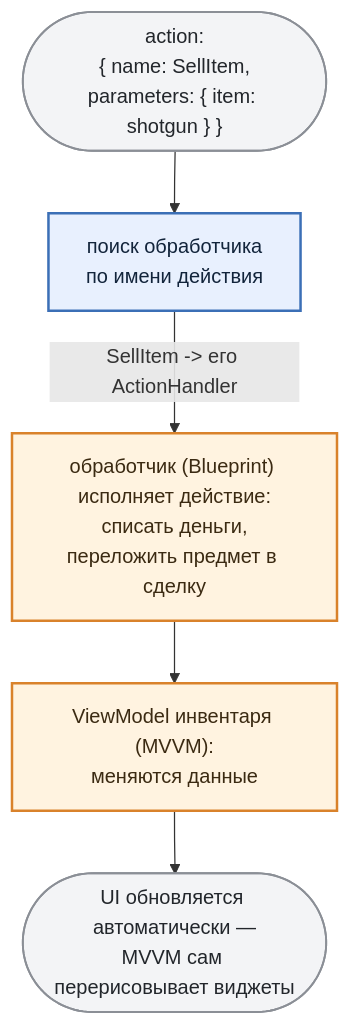
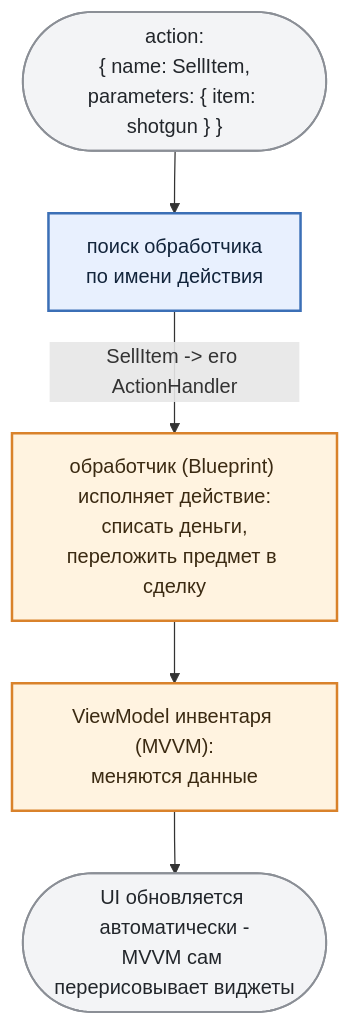
The sixth of 6 diagrams in docs/article-full.md (MimusTriurus/ullama_demo), drawn with Mermaid before and after one commit. The commit also changed other lines of this file, not shown here.

````diff
--- a/docs/article-full.md
+++ b/docs/article-full.md
@@ -433,21 +448,21 @@
 ```mermaid
 flowchart TD
     ACT(["action:<br/>{ name: SellItem,<br/>parameters: { item: shotgun } }"])
     FIND["поиск обработчика<br/>по имени действия"]
     HANDLER["обработчик (Blueprint) исполняет действие:<br/>списать деньги,<br/>переложить предмет в сделку"]
     VM["ViewModel инвентаря (MVVM):<br/>меняются данные"]
-    UI(["UI обновляется автоматически —<br/>MVVM сам перерисовывает виджеты"])
+    UI(["UI обновляется автоматически -<br/>MVVM сам перерисовывает виджеты"])
 
     ACT --> FIND
     FIND -- "SellItem -> его ActionHandler" --> HANDLER
     HANDLER --> VM
     VM --> UI
 
     classDef state fill:#fff3e0,stroke:#d9822b,stroke-width:2px,color:#3b2a12
     classDef engine fill:#e8f0fe,stroke:#3b6fb6,stroke-width:2px,color:#12243b
     classDef edge fill:#f3f4f6,stroke:#8b8f96,stroke-width:1.5px,color:#22262b
 
     class HANDLER,VM state
     class FIND engine
     class ACT,UI edge
 ```
````
